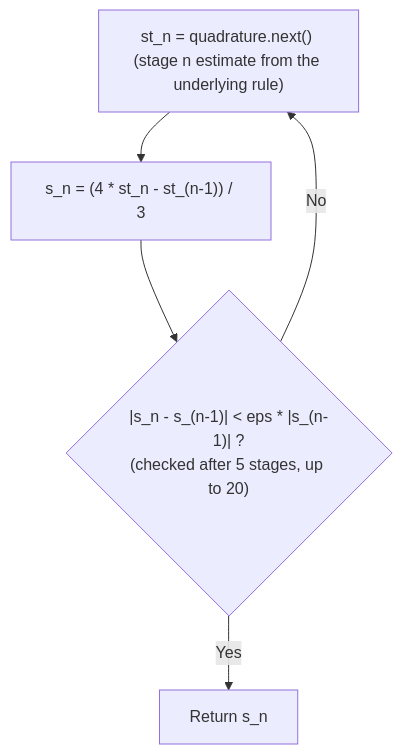
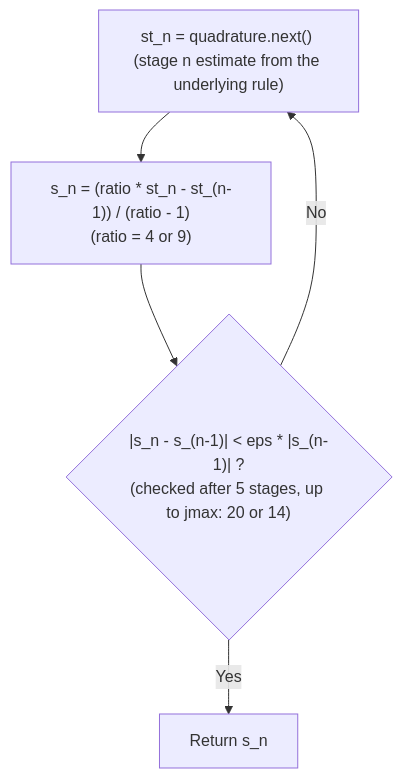
Before and after one commit to albertoirurueta/irurueta-numerical: the diagram in docs/modules/ROOT/pages/algorithms/simpson-integration.adoc, drawn with Mermaid. The commit also changed other lines of this file and 22 other files, not shown here.

```diff
--- a/docs/modules/ROOT/pages/algorithms/simpson-integration.adoc
+++ b/docs/modules/ROOT/pages/algorithms/simpson-integration.adoc
@@ -59,8 +81,8 @@
 [mermaid]
 ....
 flowchart TD
-    A["st_n = quadrature.next() (stage n estimate from the underlying rule)"] --> B["s_n = (4 * st_n - st_(n-1)) / 3"]
-    B --> C{"|s_n - s_(n-1)| < eps * |s_(n-1)| ?\n(checked after 5 stages, up to 20)"}
+    A["st_n = quadrature.next() (stage n estimate from the underlying rule)"] --> B["s_n = (ratio * st_n - st_(n-1)) / (ratio - 1)\n(ratio = 4 or 9)"]
+    B --> C{"|s_n - s_(n-1)| < eps * |s_(n-1)| ?\n(checked after 5 stages, up to jmax: 20 or 14)"}
     C -->|No| A
     C -->|Yes| D["Return s_n"]
 ....
```
